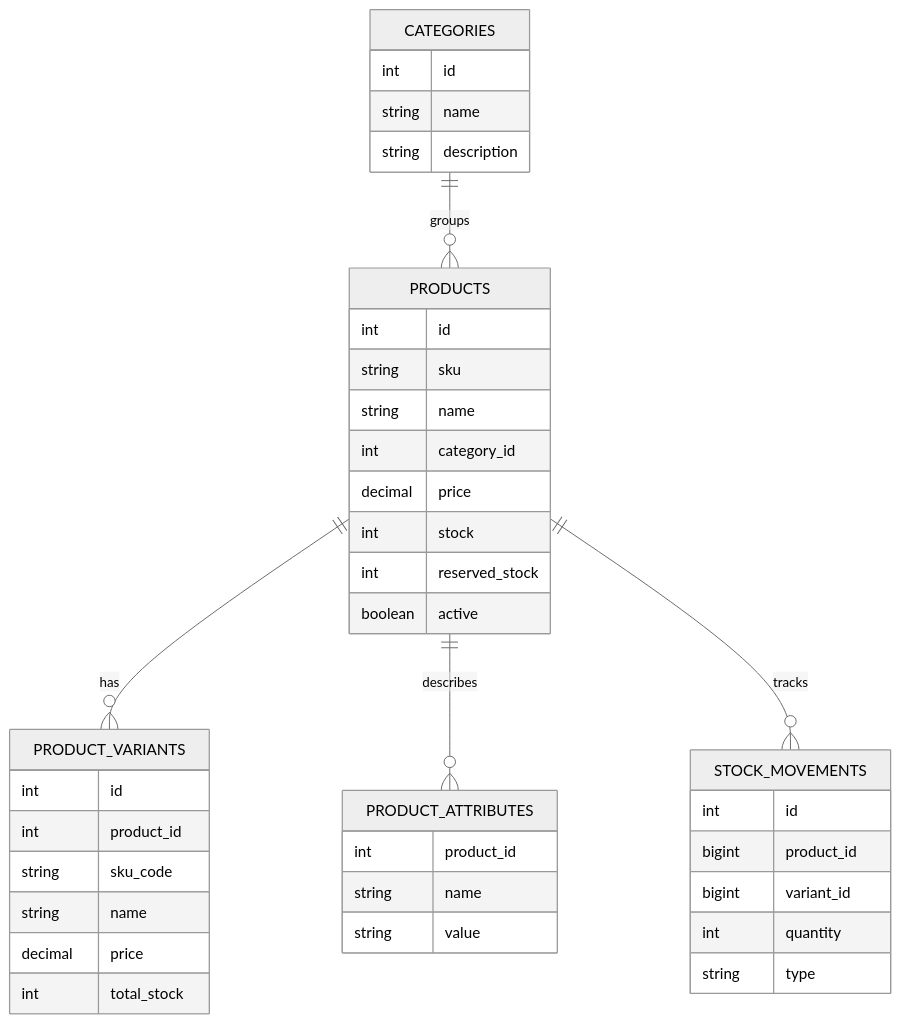
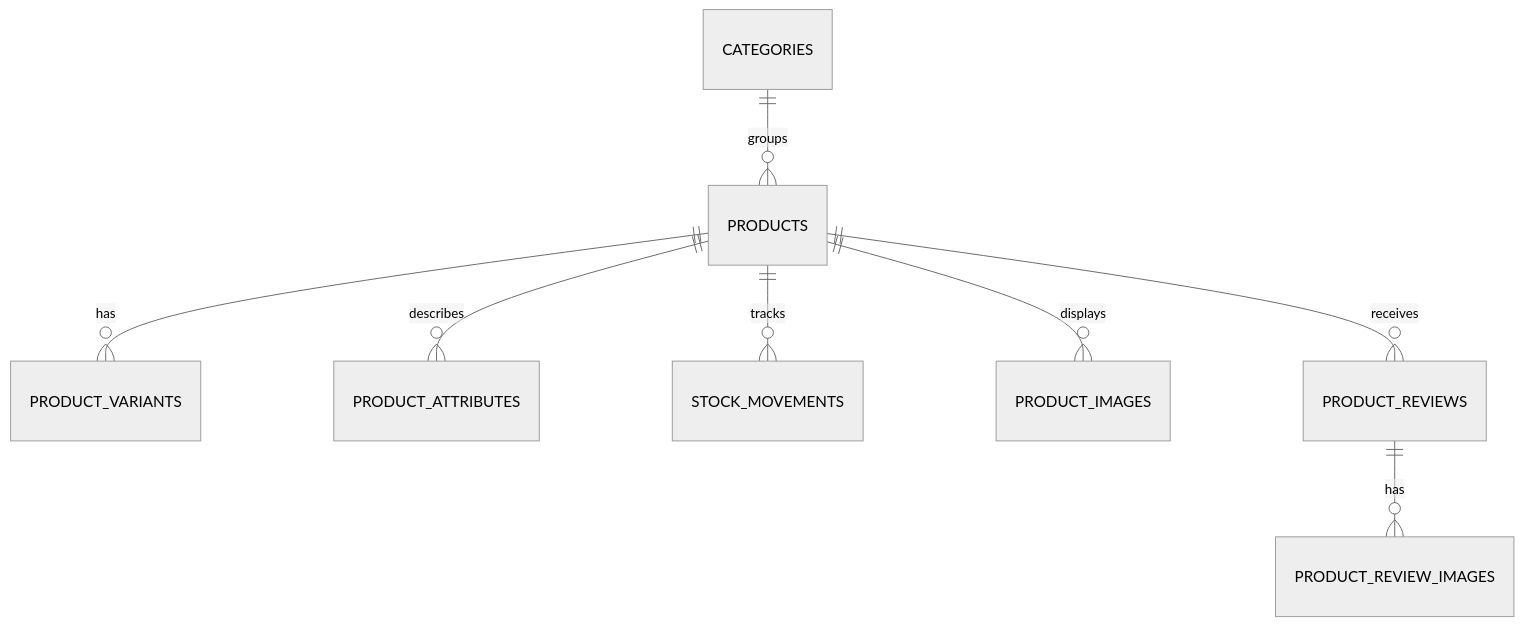
One commit to chduchai16/order-system changed the second of 4 diagrams in README.md. Above: the diagram before and after it, drawn with Mermaid (neutral theme). The commit also changed other lines of this file, not shown here.

````diff
--- a/README.md
+++ b/README.md
@@ -88,47 +49,10 @@
 ```mermaid
 erDiagram
     CATEGORIES ||--o{ PRODUCTS : groups
     PRODUCTS ||--o{ PRODUCT_VARIANTS : has
     PRODUCTS ||--o{ PRODUCT_ATTRIBUTES : describes
     PRODUCTS ||--o{ STOCK_MOVEMENTS : tracks
-
-    CATEGORIES {
-        int id
-        string name
-        string description
-    }
-
-    PRODUCTS {
-        int id
-        string sku
-        string name
-        int category_id
-        decimal price
-        int stock
-        int reserved_stock
-        boolean active
-    }
-
-    PRODUCT_VARIANTS {
-        int id
-        int product_id
-        string sku_code
-        string name
-        decimal price
-        int total_stock
-    }
-
-    PRODUCT_ATTRIBUTES {
-        int product_id
-        string name
-        string value
-    }
-
-    STOCK_MOVEMENTS {
-        int id
-        bigint product_id
-        bigint variant_id
-        int quantity
-        string type
-    }
+    PRODUCTS ||--o{ PRODUCT_IMAGES : displays
+    PRODUCTS ||--o{ PRODUCT_REVIEWS : receives
+    PRODUCT_REVIEWS ||--o{ PRODUCT_REVIEW_IMAGES : has
 ```
````
